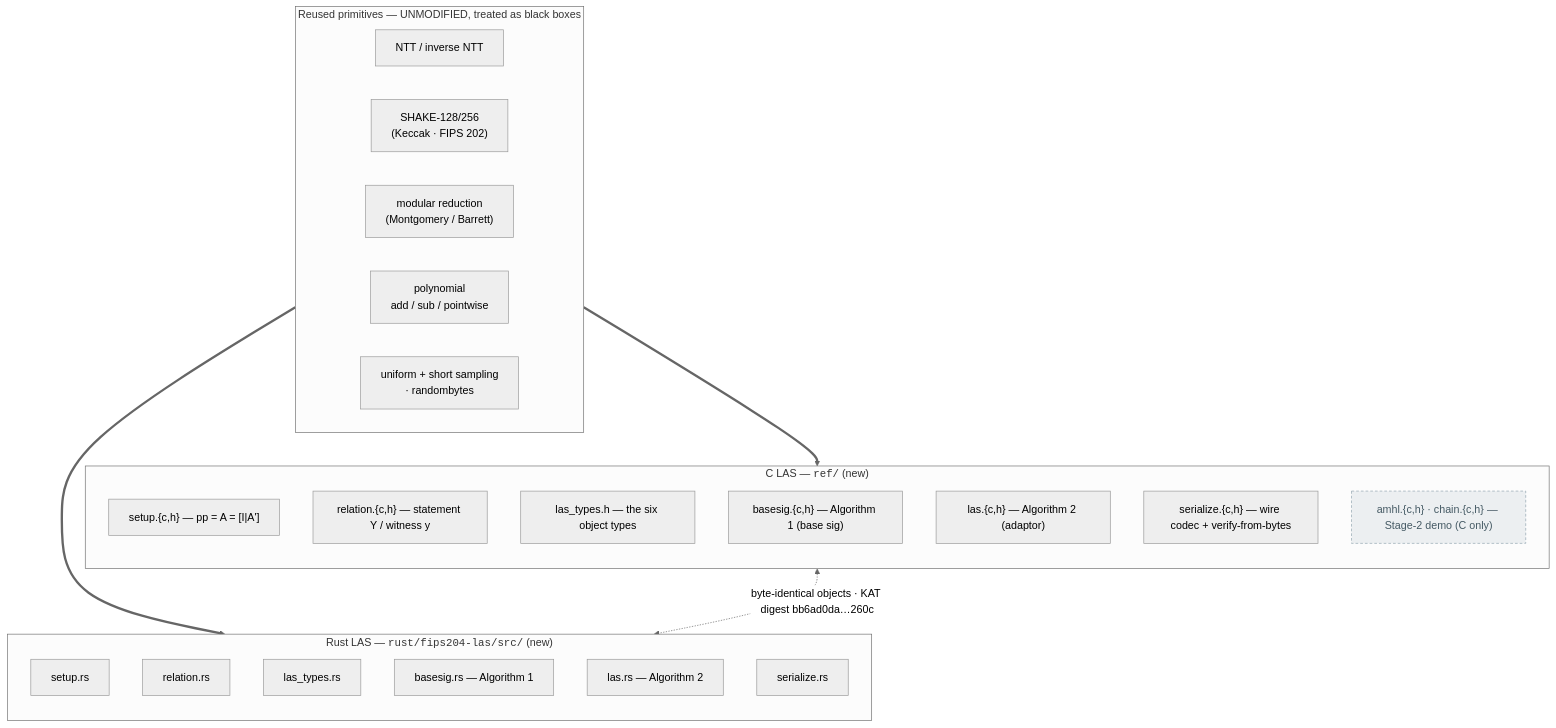
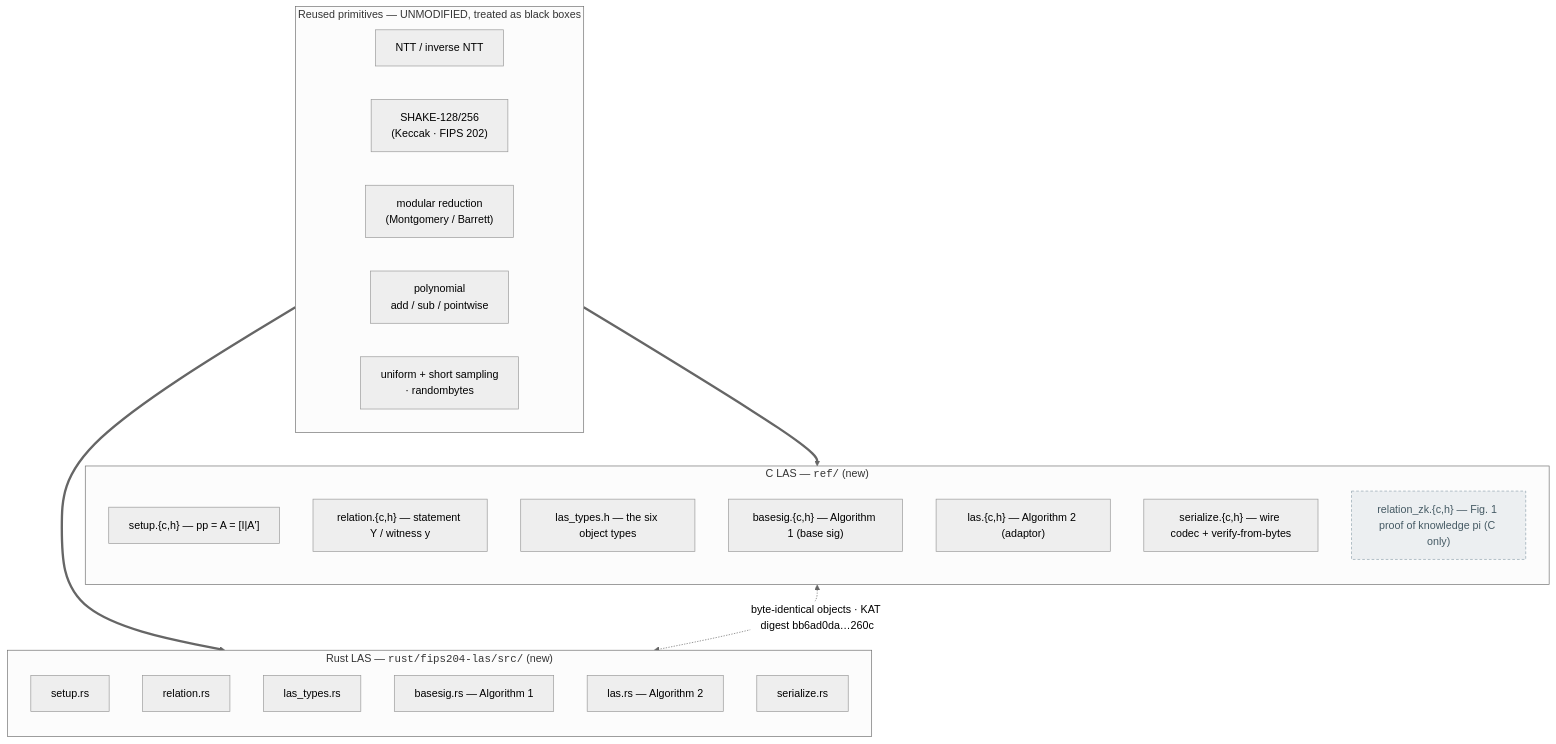
One commit to roycesteven/dilithium-msc-project changed the third of 3 diagrams in docs/02-methodology/walkthrough/00-diagrams-and-summary.md. Above: the diagram before and after it, drawn with Mermaid (neutral theme). The commit also changed 95 other files, not shown here.

````diff
--- a/docs/02-methodology/walkthrough/00-diagrams-and-summary.md
+++ b/docs/02-methodology/walkthrough/00-diagrams-and-summary.md
@@ -108,38 +108,38 @@
 ```mermaid
 flowchart TB
   subgraph PRIM["Reused primitives — UNMODIFIED, treated as black boxes"]
     direction LR
     P1["NTT / inverse NTT"]
     P2["SHAKE-128/256<br/>(Keccak · FIPS 202)"]
     P3["modular reduction<br/>(Montgomery / Barrett)"]
     P4["polynomial<br/>add / sub / pointwise"]
     P5["uniform + short sampling<br/>· randombytes"]
   end
 
   subgraph CLAS["C LAS — <code>ref/</code> (new)"]
     direction TB
     C_setup["setup.{c,h} — pp = A = [I|A']"]
     C_rel["relation.{c,h} — statement Y / witness y"]
     C_types["las_types.h — the six object types"]
     C_base["basesig.{c,h} — Algorithm 1 (base sig)"]
     C_las["las.{c,h} — Algorithm 2 (adaptor)"]
     C_ser["serialize.{c,h} — wire codec + verify-from-bytes"]
-    C_app["amhl.{c,h} · chain.{c,h} — Stage-2 demo (C only)"]:::stage2
+    C_app["relation_zk.{c,h} — Fig. 1 proof of knowledge pi (C only)"]:::stage2
   end
 
   subgraph RLAS["Rust LAS — <code>rust/fips204-las/src/</code> (new)"]
     direction TB
     R_setup["setup.rs"]
     R_rel["relation.rs"]
     R_types["las_types.rs"]
     R_base["basesig.rs — Algorithm 1"]
     R_las["las.rs — Algorithm 2"]
     R_ser["serialize.rs"]
   end
 
   PRIM ==> CLAS
   PRIM ==> RLAS
   CLAS <-. "byte-identical objects · KAT digest bb6ad0da…260c" .-> RLAS
 
   classDef stage2 fill:#eceff1,stroke:#90a4ae,color:#455a64,stroke-dasharray:4 3;
 ```
````
